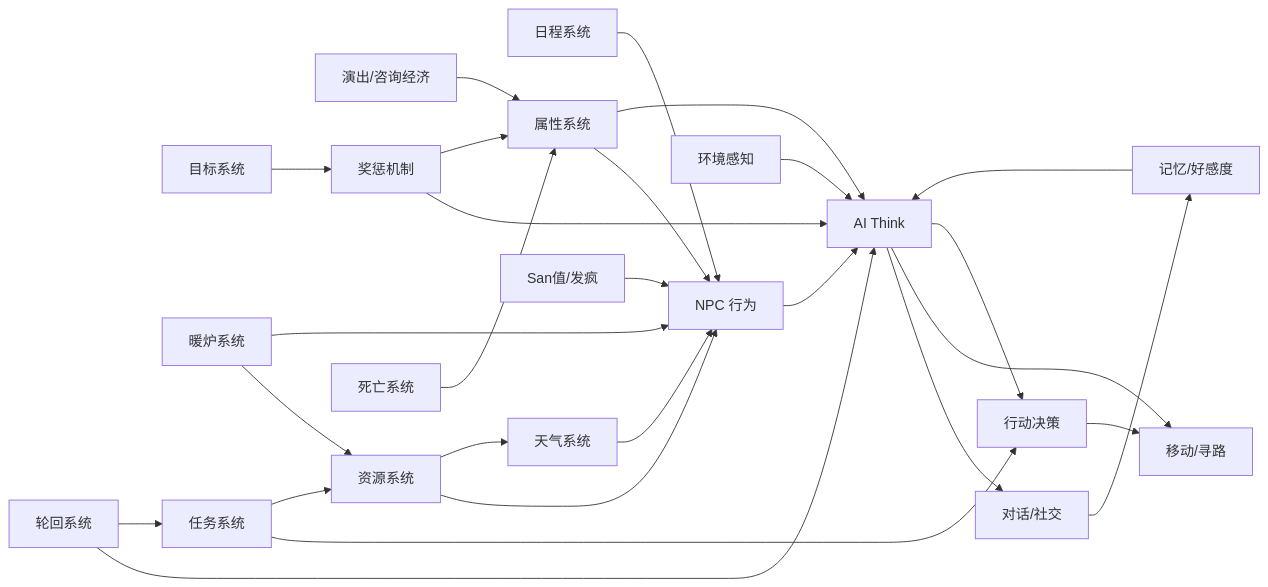
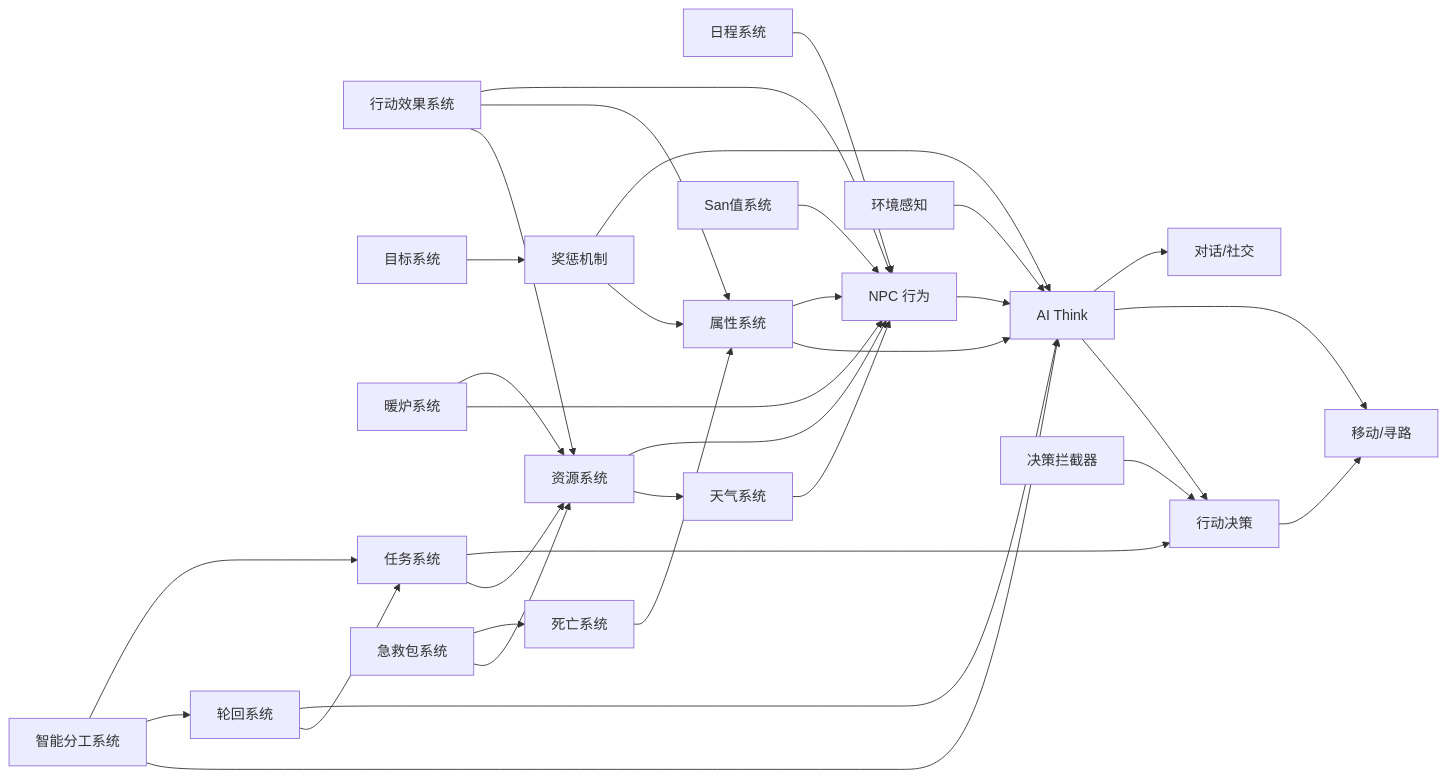
Before and after one commit to RevolGMPHL/AI_Game_Gospel_snow_town: the diagram in guide/guide.md, drawn with Mermaid. The commit also changed other lines of this file and 122 other files, not shown here.

````diff
--- a/guide/guide.md
+++ b/guide/guide.md
@@ -35,29 +35,35 @@
 ```mermaid
 graph LR
     A[日程系统] --> B[NPC 行为]
     C[天气系统] --> B
     E[属性系统] --> B
     B --> F[AI Think]
     F --> G[对话/社交]
     F --> H[移动/寻路]
     E --> F
-    G --> I[记忆/好感度]
-    I --> F
     J[环境感知] --> F
-    K[San值/发疯] --> B
-    L[演出/咨询经济] --> E
+    K[San值系统] --> B
+    V[行动效果系统] --> B
+    V --> E
+    V --> P
     M[奖惩机制] --> F
     N[目标系统] --> M
     M --> E
     F --> O[行动决策]
     O --> H
     P[资源系统] --> B
     P --> C
     Q[暖炉系统] --> P
     Q --> B
     R[任务系统] --> O
     R --> P
     S[死亡系统] --> E
     T[轮回系统] --> F
     T --> R
+    U[急救包系统] --> S
+    U --> P
+    W[智能分工系统] --> R
+    W --> T
+    W --> F
+    X[决策拦截器] --> O
 ```
````
